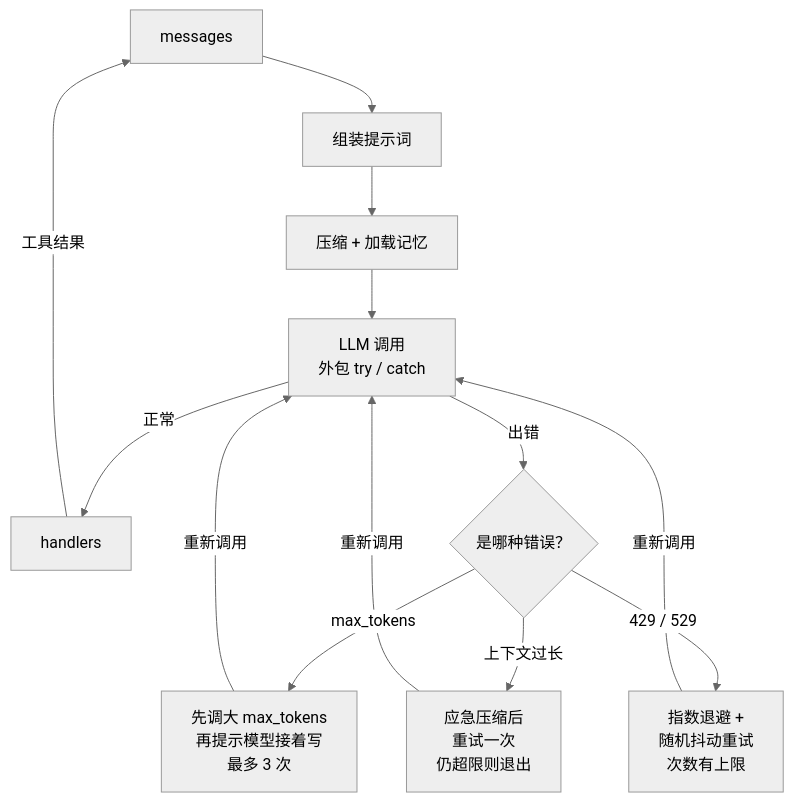
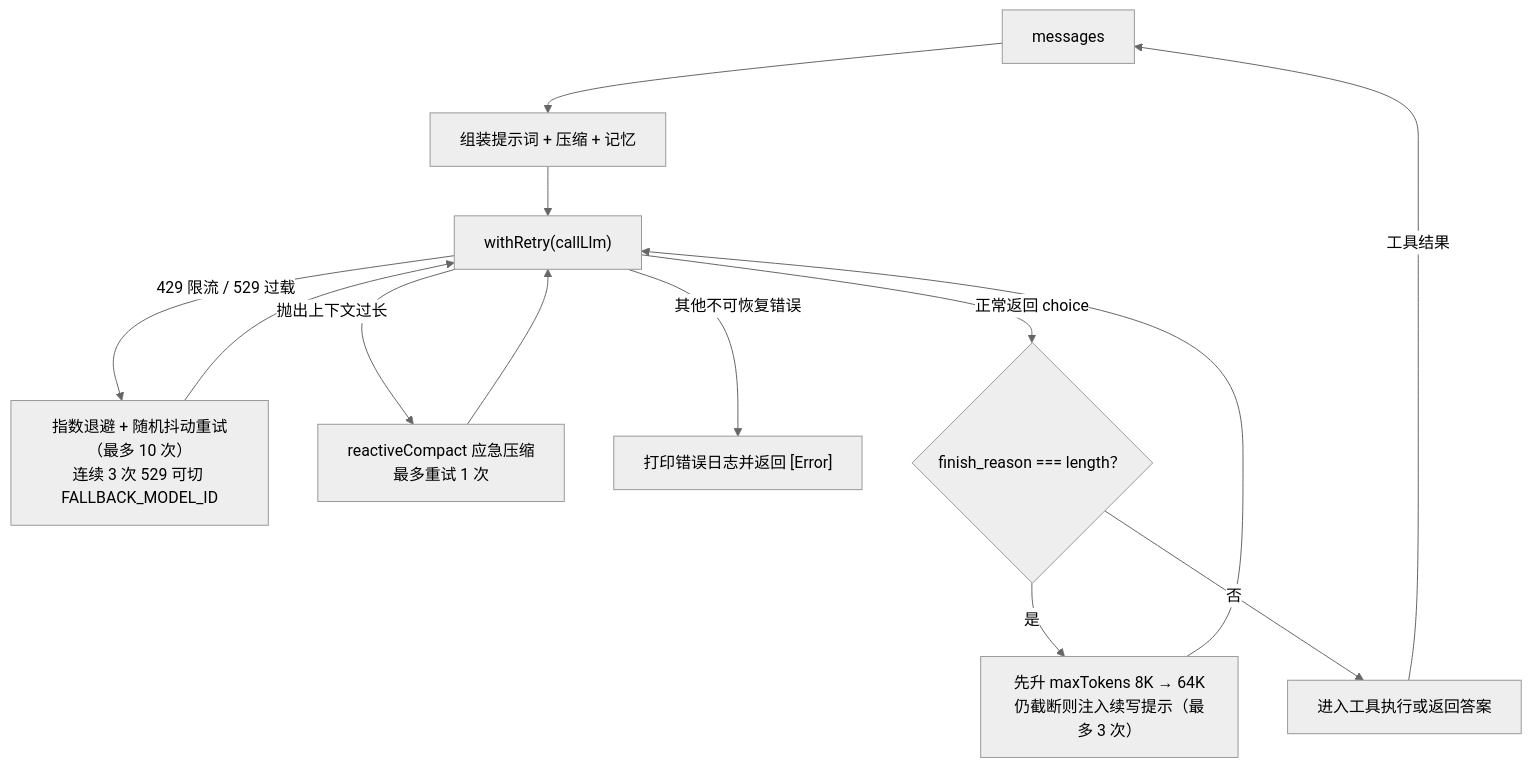
Before and after one commit to shengxinjing/build-your-agent: the diagram in code-agent-course/s11-error-recovery.md, drawn with Mermaid (neutral theme). The commit also changed other lines of this file and 13 other files, not shown here.

````diff
--- a/code-agent-course/s11-error-recovery.md
+++ b/code-agent-course/s11-error-recovery.md
@@ -18,11 +15,14 @@
 ```mermaid
 flowchart TD
-  M["messages"] --> P["组装提示词"] --> C["压缩 + 加载记忆"] --> L["LLM 调用<br/>外包 try / catch"]
-  L -->|正常| H["handlers"]
+  M["messages"] --> P["组装提示词 + 压缩 + 记忆"] --> W["withRetry(callLlm)"]
+  W -->|429 限流 / 529 过载| R3["指数退避 + 随机抖动重试（最多 10 次）<br/>连续 3 次 529 可切 FALLBACK_MODEL_ID"]
+  R3 --> W
+  W -->|抛出上下文过长| R2["reactiveCompact 应急压缩<br/>最多重试 1 次"]
+  R2 --> W
+  W -->|其他不可恢复错误| ERR["打印错误日志并返回 [Error]"]
+  W -->|正常返回 choice| LEN{"finish_reason === length？"}
+  LEN -->|是| R1["先升 maxTokens 8K → 64K<br/>仍截断则注入续写提示（最多 3 次）"]
+  R1 --> W
+  LEN -->|否| H["进入工具执行或返回答案"]
   H -->|工具结果| M
-  L -->|出错| E{"是哪种错误？"}
-  E -->|max_tokens| R1["先调大 max_tokens<br/>再提示模型接着写<br/>最多 3 次"]
-  E -->|上下文过长| R2["应急压缩后<br/>重试一次<br/>仍超限则退出"]
-  E -->|429 / 529| R3["指数退避 +<br/>随机抖动重试<br/>次数有上限"]
-  R1 & R2 & R3 -->|重新调用| L
 ```
````
